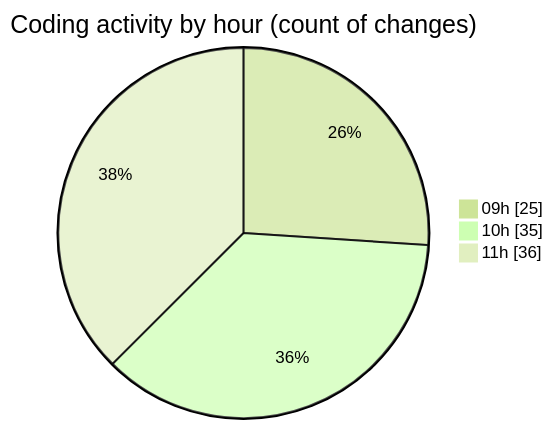
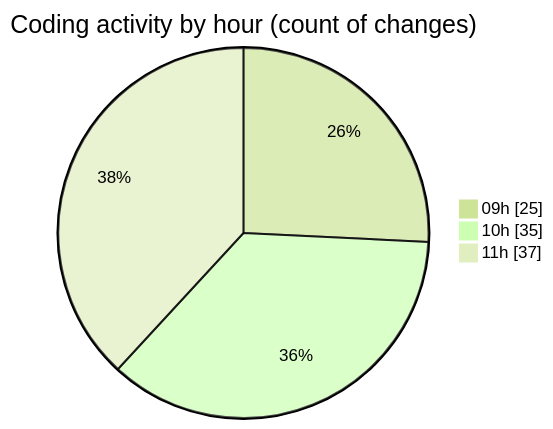
One commit to momahboobian/code-tracking changed the second of 2 diagrams in 2025-08-22/cda/README.md. Above: the diagram before and after it, drawn with Mermaid (forest theme). The commit also changed other lines of this file and 1 other file, not shown here.

````diff
--- a/2025-08-22/cda/README.md
+++ b/2025-08-22/cda/README.md
@@ -43,7 +43,7 @@
 ```mermaid
 pie showData
 title Coding activity by hour (count of changes)
 "09h" : 25
 "10h" : 35
-"11h" : 36
+"11h" : 37
 ```
````
